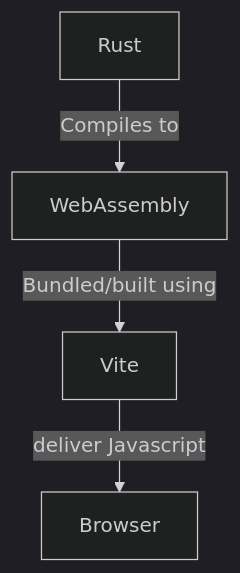
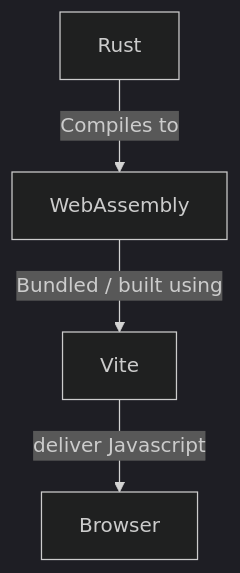
The diagram in README.md (cramanan/rsx), drawn with Mermaid (dark theme) before and after one commit. The commit also changed other lines of this file and 7 other files, not shown here.

````diff
--- a/README.md
+++ b/README.md
@@ -39,6 +39,6 @@
 ```mermaid
 flowchart TD;
     Rust-->|Compiles to|WebAssembly
-    WebAssembly-->|Bundled/built using|Vite
+    WebAssembly-->|Bundled / built using|Vite
     Vite-->|deliver Javascript|Browser
 ```
````
